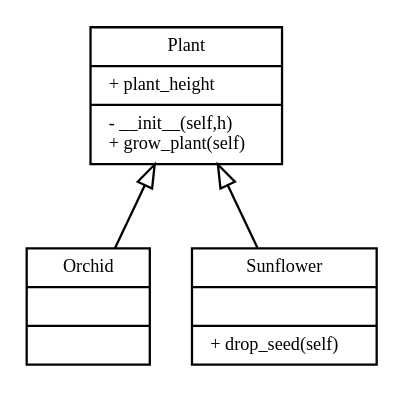
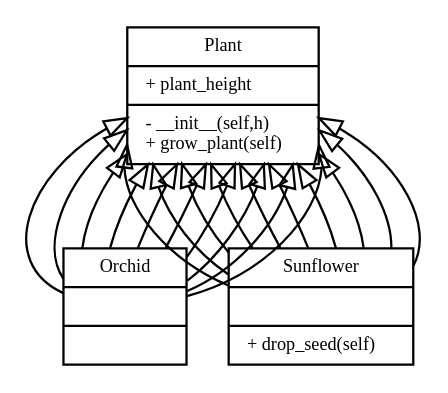
Before and after one commit to Braedennz/BCPR301_Assignment-Two_Python-Parser_Refactored: the diagram in src/tmp/class.dot, drawn with Graphviz. The commit also changed 12 other files, not shown here.

```diff
--- a/src/tmp/class.dot
+++ b/src/tmp/class.dot
@@ -1,30 +1,129 @@
 
                     digraph G {
                         rankdir=BT
                         node [
                             fontname = "Sans Not-Rotated 8"
                             fontsize = 8
                             shape = "record"
                         ]
                         edge [
                             fontname = "Sans Not-Rotated 8"
                             fontsize = 8
                         ]
                     subgraph {
 Orchid [
 label = "{Orchid||}"
 ]
 Plant [
 label = "{Plant|+ plant_height\l|- __init__(self,h)\l+ grow_plant(self)\l}"
 ]
 Sunflower [
 label = "{Sunflower||+ drop_seed(self)\l}"
 ]
+Orchid [
+label = "{Orchid||}"
+]
+Plant [
+label = "{Plant|+ plant_height\l|- __init__(self,h)\l+ grow_plant(self)\l}"
+]
+Sunflower [
+label = "{Sunflower||+ drop_seed(self)\l}"
+]
+Orchid [
+label = "{Orchid||}"
+]
+Plant [
+label = "{Plant|+ plant_height\l|- __init__(self,h)\l+ grow_plant(self)\l}"
+]
+Sunflower [
+label = "{Sunflower||+ drop_seed(self)\l}"
+]
+Orchid [
+label = "{Orchid||}"
+]
+Plant [
+label = "{Plant|+ plant_height\l|- __init__(self,h)\l+ grow_plant(self)\l}"
+]
+Sunflower [
+label = "{Sunflower||+ drop_seed(self)\l}"
+]
+Orchid [
+label = "{Orchid||}"
+]
+Plant [
+label = "{Plant|+ plant_height\l|- __init__(self,h)\l+ grow_plant(self)\l}"
+]
+Sunflower [
+label = "{Sunflower||+ drop_seed(self)\l}"
+]
+Orchid [
+label = "{Orchid||}"
+]
+Plant [
+label = "{Plant|+ plant_height\l|- __init__(self,h)\l+ grow_plant(self)\l}"
+]
+Sunflower [
+label = "{Sunflower||+ drop_seed(self)\l}"
+]
+Orchid [
+label = "{Orchid||}"
+]
+Plant [
+label = "{Plant|+ plant_height\l|- __init__(self,h)\l+ grow_plant(self)\l}"
+]
+Sunflower [
+label = "{Sunflower||+ drop_seed(self)\l}"
+]
+Orchid [
+label = "{Orchid||}"
+]
+Plant [
+label = "{Plant|+ plant_height\l|- __init__(self,h)\l+ grow_plant(self)\l}"
+]
+Sunflower [
+label = "{Sunflower||+ drop_seed(self)\l}"
+]
+Orchid [
+label = "{Orchid||}"
+]
+Plant [
+label = "{Plant|+ plant_height\l|- __init__(self,h)\l+ grow_plant(self)\l}"
+]
+Sunflower [
+label = "{Sunflower||+ drop_seed(self)\l}"
+]
+Orchid [
+label = "{Orchid||}"
+]
+Plant [
+label = "{Plant|+ plant_height\l|- __init__(self,h)\l+ grow_plant(self)\l}"
+]
+Sunflower [
+label = "{Sunflower||+ drop_seed(self)\l}"
+]
 }
 
                     edge [
                         arrowhead = "empty"
                     ]
                 Orchid -> Plant
 Sunflower -> Plant
+Orchid -> Plant
+Sunflower -> Plant
+Orchid -> Plant
+Sunflower -> Plant
+Orchid -> Plant
+Sunflower -> Plant
+Orchid -> Plant
+Sunflower -> Plant
+Orchid -> Plant
+Sunflower -> Plant
+Orchid -> Plant
+Sunflower -> Plant
+Orchid -> Plant
+Sunflower -> Plant
+Orchid -> Plant
+Sunflower -> Plant
+Orchid -> Plant
+Sunflower -> Plant
 }
```
